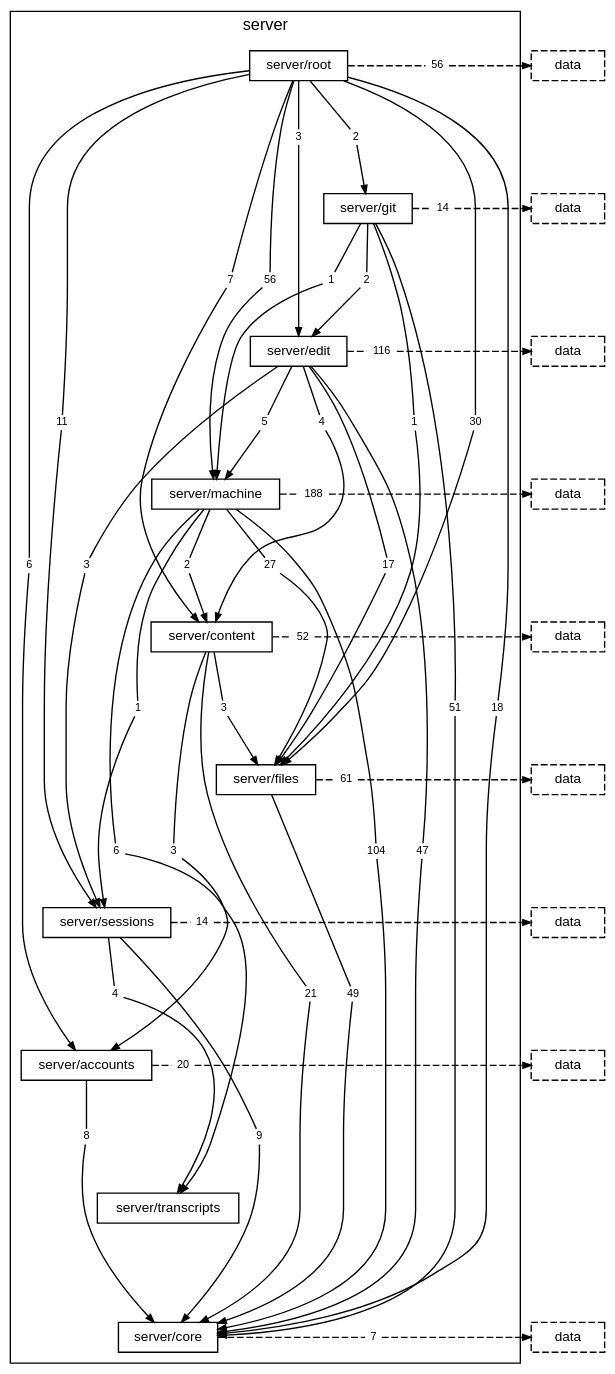
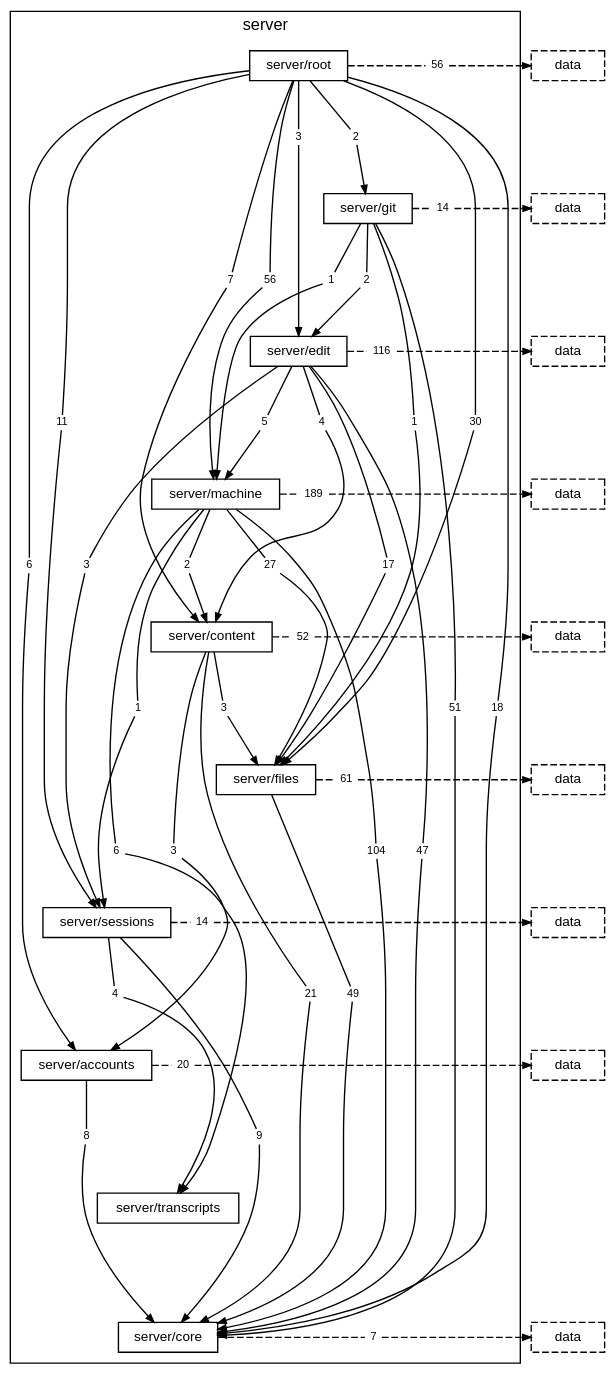
Before and after one commit to TheAxeC/oculus: the diagram in docs/diagrams/layer-server.dot, drawn with Graphviz. The commit also changed 27 other files, not shown here.

```diff
--- a/docs/diagrams/layer-server.dot
+++ b/docs/diagrams/layer-server.dot
@@ -39,7 +39,7 @@
         "folder server/machine to folder server/files" [label="27", shape=box, color="transparent", fontsize=8, width=0, height=0, margin="0.04,0.02"];
         "folder server/machine to folder server/sessions" [label="1", shape=box, color="transparent", fontsize=8, width=0, height=0, margin="0.04,0.02"];
         "folder server/machine to folder server/transcripts" [label="6", shape=box, color="transparent", fontsize=8, width=0, height=0, margin="0.04,0.02"];
-        "folder server/machine to layer data" [label="188", shape=box, color="transparent", fontsize=8, width=0, height=0, margin="0.04,0.02"];
+        "folder server/machine to layer data" [label="189", shape=box, color="transparent", fontsize=8, width=0, height=0, margin="0.04,0.02"];
         "folder server/content to folder server/accounts" [label="3", shape=box, color="transparent", fontsize=8, width=0, height=0, margin="0.04,0.02"];
         "folder server/content to folder server/core" [label="21", shape=box, color="transparent", fontsize=8, width=0, height=0, margin="0.04,0.02"];
         "folder server/content to folder server/files" [label="3", shape=box, color="transparent", fontsize=8, width=0, height=0, margin="0.04,0.02"];
```
